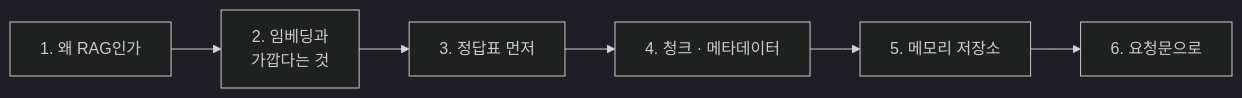
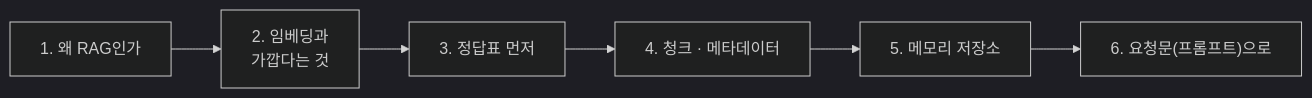
Before and after one commit to jbbdyee/ai-engineering-lab: the first of 4 diagrams in Lecture/71/01-STAGE1-RAG-AND-INDEX.md, drawn with Mermaid (dark theme). The commit also changed other lines of this file and 197 other files, not shown here.

````diff
--- a/Lecture/71/01-STAGE1-RAG-AND-INDEX.md
+++ b/Lecture/71/01-STAGE1-RAG-AND-INDEX.md
@@ -8,4 +8,4 @@
 ```mermaid
 flowchart LR
-  A["1. 왜 RAG인가"] --> B["2. 임베딩과<br/>가깝다는 것"] --> C["3. 정답표 먼저"] --> D["4. 청크 · 메타데이터"] --> E["5. 메모리 저장소"] --> F["6. 요청문으로"]
+  A["1. 왜 RAG인가"] --> B["2. 임베딩과<br/>가깝다는 것"] --> C["3. 정답표 먼저"] --> D["4. 청크 · 메타데이터"] --> E["5. 메모리 저장소"] --> F["6. 요청문(프롬프트)으로"]
 ```
````
